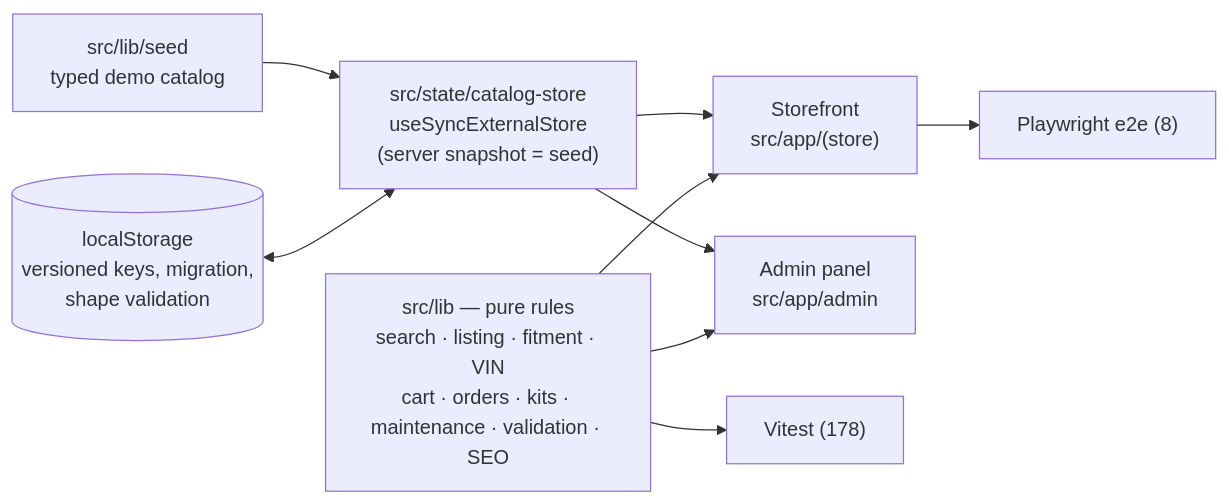
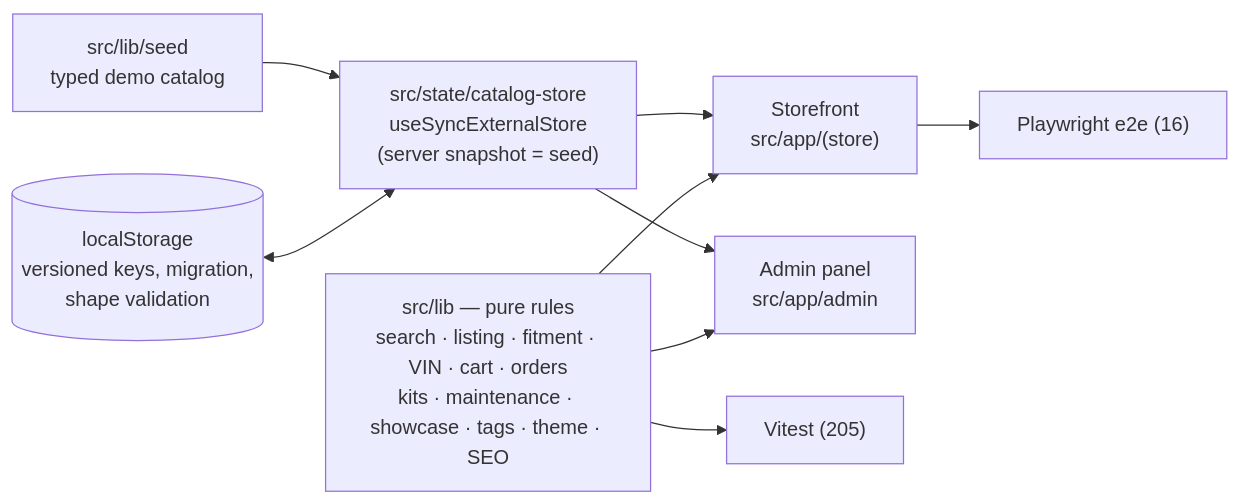
The diagram in README.md (kursatdemirdelen/car-parts-shop), drawn with Mermaid before and after one commit. The commit also changed other lines of this file and 23 other files, not shown here.

````diff
--- a/README.md
+++ b/README.md
@@ -46,11 +168,11 @@
 ```mermaid
 flowchart LR
   seed["src/lib/seed<br/>typed demo catalog"] --> store["src/state/catalog-store<br/>useSyncExternalStore<br/>(server snapshot = seed)"]
   ls[("localStorage<br/>versioned keys, migration,<br/>shape validation")] <--> store
   store --> storefront["Storefront<br/>src/app/(store)"]
   store --> admin["Admin panel<br/>src/app/admin"]
-  rules["src/lib — pure rules<br/>search · listing · fitment · VIN<br/>cart · orders · kits · maintenance · validation · SEO"] --> storefront
+  rules["src/lib — pure rules<br/>search · listing · fitment · VIN · cart · orders<br/>kits · maintenance · showcase · tags · theme · SEO"] --> storefront
   rules --> admin
-  rules --> tests["Vitest (178)"]
-  storefront --> e2e["Playwright e2e (8)"]
+  rules --> tests["Vitest (205)"]
+  storefront --> e2e["Playwright e2e (16)"]
 ```
````
